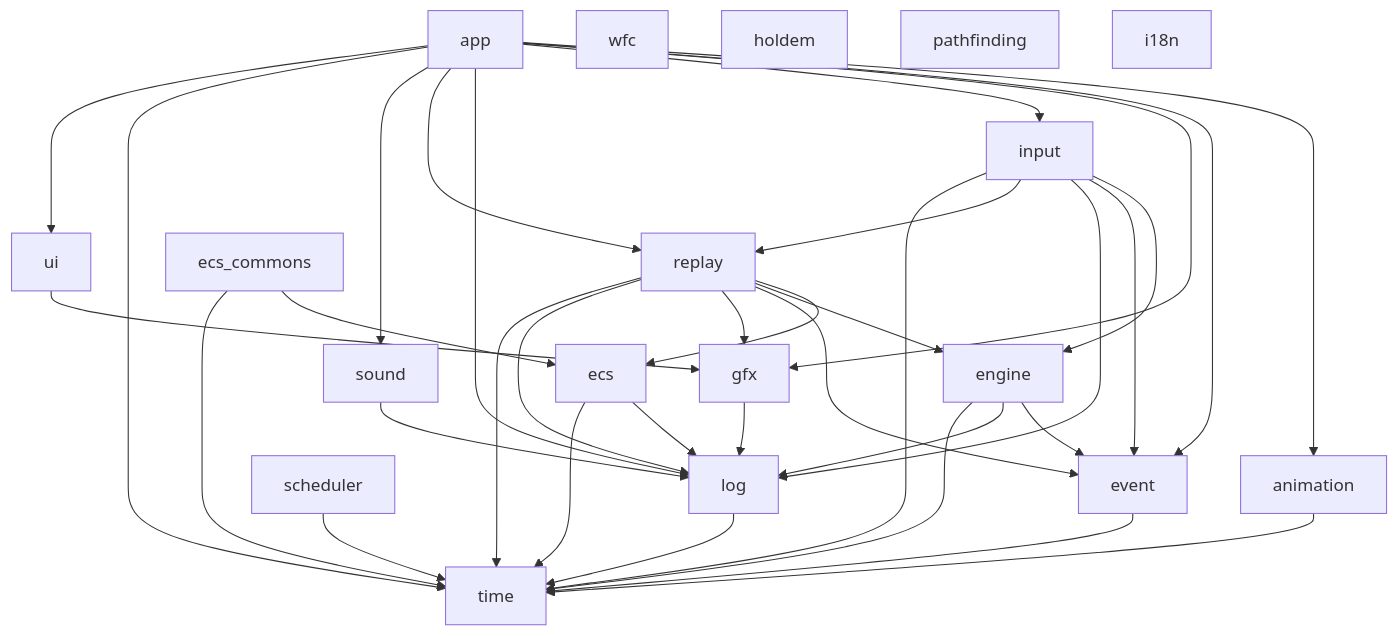
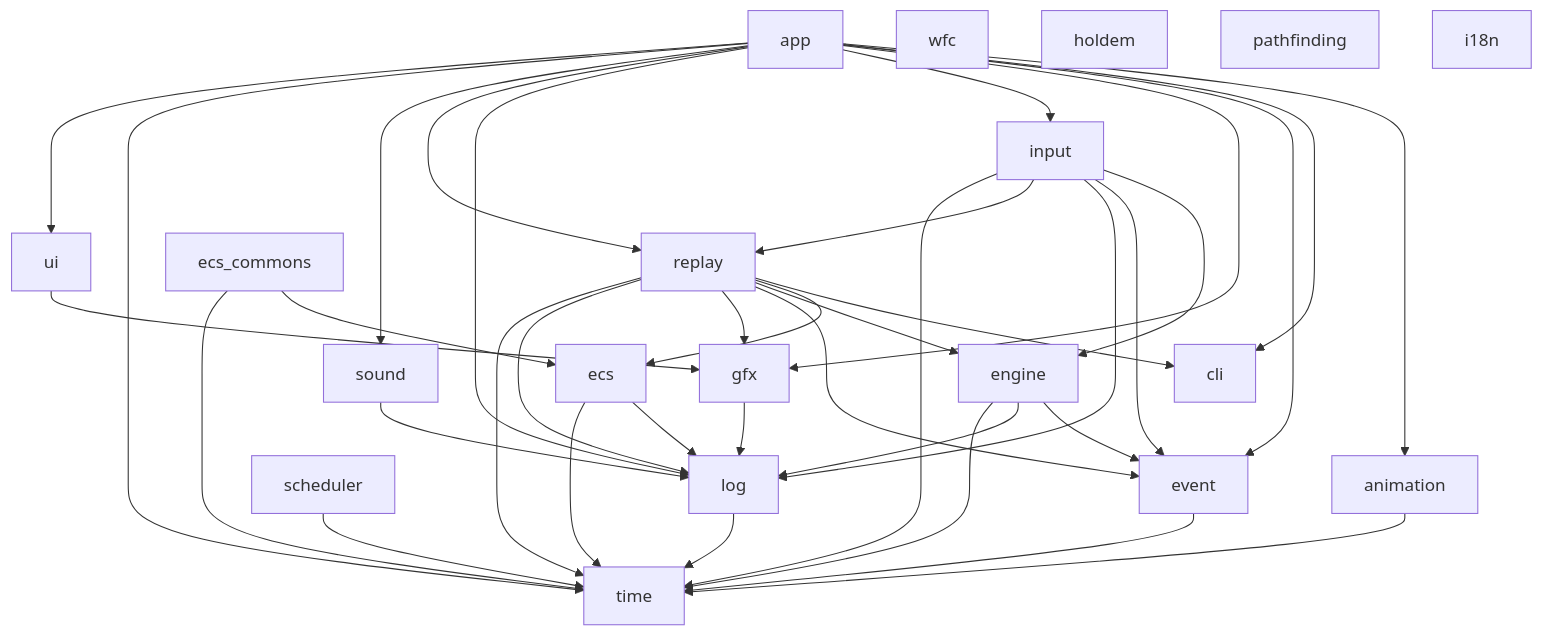
One commit to antwika/antwika changed the second of 2 diagrams in wiki/Architecture.md. Above: the diagram before and after it, drawn with Mermaid. The commit also changed other lines of this file and 7 other files, not shown here.

First line of the commit message:
docs(cli): document the new library and what stayed in replay

````diff
--- a/wiki/Architecture.md
+++ b/wiki/Architecture.md
@@ -76,56 +76,59 @@
 ```mermaid
 graph TD
     time[time]
     log[log]
     event[event]
     engine[engine]
     ecs[ecs]
     gfx[gfx]
     replay[replay]
     input[input]
     scheduler[scheduler]
     ui[ui]
     app[app]
     wfc[wfc]
     holdem[holdem]
     ecs_commons[ecs_commons]
     pathfinding[pathfinding]
     animation[animation]
     i18n[i18n]
     sound[sound]
+    cli[cli]
 
     log --> time
     event --> time
     engine --> event
     engine --> log
     engine --> time
     ecs --> log
     ecs --> time
     gfx --> log
     scheduler --> time
     ui --> gfx
+    replay --> cli
     replay --> ecs
     replay --> engine
     replay --> event
     replay --> gfx
     replay --> log
     replay --> time
     input --> engine
     input --> event
     input --> log
     input --> replay
     input --> time
     ecs_commons --> ecs
     ecs_commons --> time
     animation --> time
     sound --> log
     app --> animation
+    app --> cli
     app --> event
     app --> gfx
     app --> input
     app --> log
     app --> replay
     app --> sound
     app --> time
     app --> ui
 ```
````
